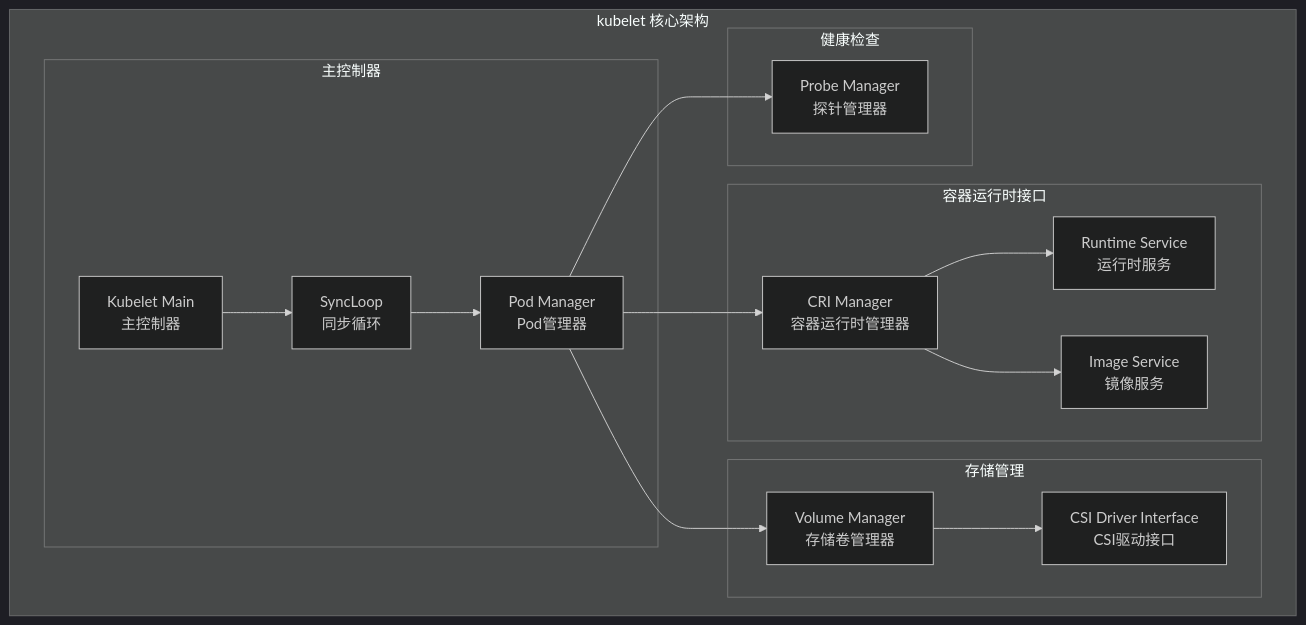
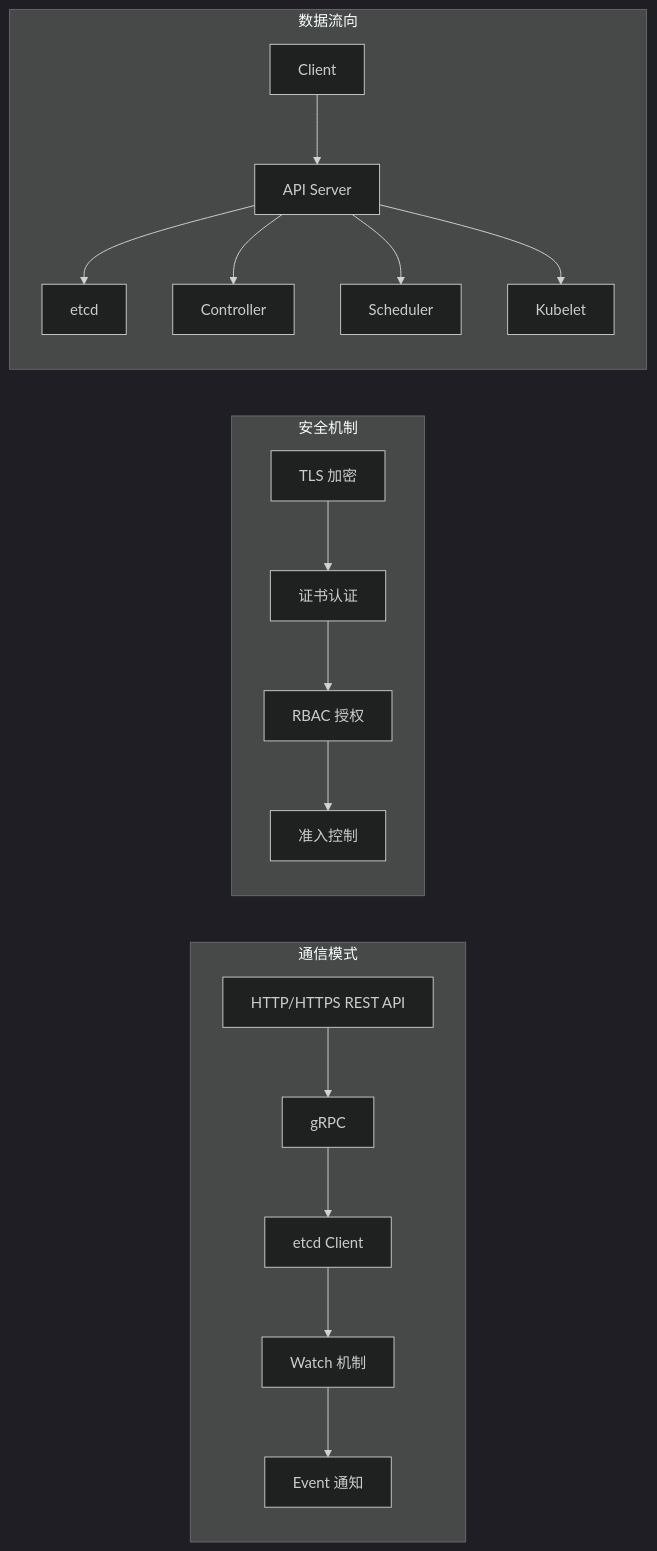
One commit to haoyunlt/myblog changed the fourth of 6 diagrams in content/posts/kubernetes-complete-analysis.md. Above: the diagram before and after it, drawn with Mermaid (dark theme). The commit also changed other lines of this file and 335 other files, not shown here.

````diff
--- a/content/posts/kubernetes-complete-analysis.md
+++ b/content/posts/kubernetes-complete-analysis.md
@@ -266,34 +449,23 @@
 ```mermaid
-graph TB
-    subgraph "kubelet 核心架构"
-        subgraph "主控制器"
-            MAIN[Kubelet Main<br/>主控制器]
-            SYNC_LOOP[SyncLoop<br/>同步循环]
-            POD_MANAGER[Pod Manager<br/>Pod管理器]
-        end
-        
-        subgraph "容器运行时接口"
-            CRI_MANAGER[CRI Manager<br/>容器运行时管理器]
-            RUNTIME_SERVICE[Runtime Service<br/>运行时服务]
-            IMAGE_SERVICE[Image Service<br/>镜像服务]
-        end
-        
-        subgraph "存储管理"
-            VOLUME_MANAGER[Volume Manager<br/>存储卷管理器]
-            CSI_DRIVER[CSI Driver Interface<br/>CSI驱动接口]
-        end
-        
-        subgraph "健康检查"
-            PROBE_MANAGER[Probe Manager<br/>探针管理器]
-        end
+graph LR
+    subgraph "通信模式"
+        A[HTTP/HTTPS REST API] --> B[gRPC]
+        B --> C[etcd Client]
+        C --> D[Watch 机制]
+        D --> E[Event 通知]
     end
     
-    MAIN --> SYNC_LOOP
-    SYNC_LOOP --> POD_MANAGER
-    POD_MANAGER --> CRI_MANAGER
-    CRI_MANAGER --> RUNTIME_SERVICE
-    CRI_MANAGER --> IMAGE_SERVICE
-    POD_MANAGER --> VOLUME_MANAGER
-    VOLUME_MANAGER --> CSI_DRIVER
-    POD_MANAGER --> PROBE_MANAGER
+    subgraph "安全机制"
+        F[TLS 加密] --> G[证书认证]
+        G --> H[RBAC 授权]
+        H --> I[准入控制]
+    end
+    
+    subgraph "数据流向"
+        J[Client] --> K[API Server]
+        K --> L[etcd]
+        K --> M[Controller]
+        K --> N[Scheduler]
+        K --> O[Kubelet]
+    end
 ```
````
